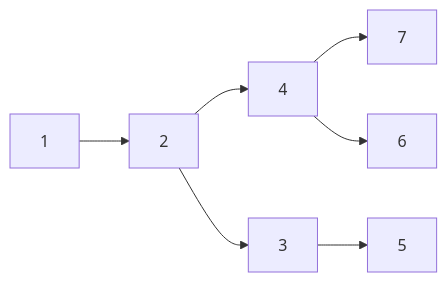
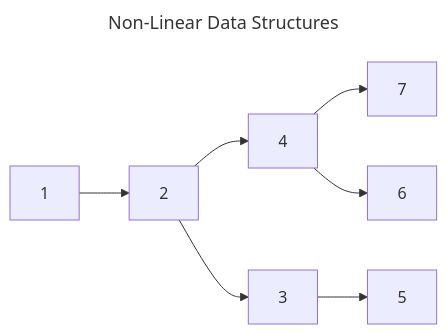
One commit to waseemofficial/DSA_Python changed the second of 2 diagrams in Notes/linear & non-linear ds.md. Above: the diagram before and after it, drawn with Mermaid. The commit also changed other lines of this file and 3 other files, not shown here.

````diff
--- a/Notes/linear & non-linear ds.md
+++ b/Notes/linear & non-linear ds.md
@@ -33,18 +46,20 @@
 ```mermaid
-
+---
+title: Non-Linear Data Structures
+---
 graph LR
     A[1]
     B[2]
     D[3]
     C[4]
     E[5]
     G[6]
     F[7]
     A-->B;
     B-->C;
     C-->F;
     C-->G;
     B-->D;
     D-->E;
 
 ```
````
